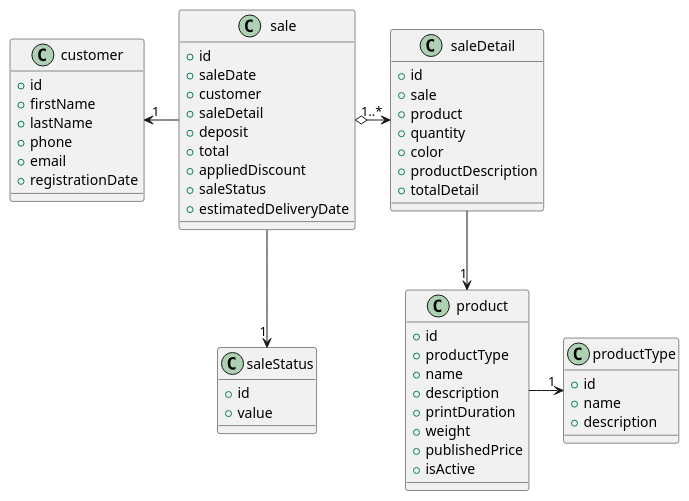
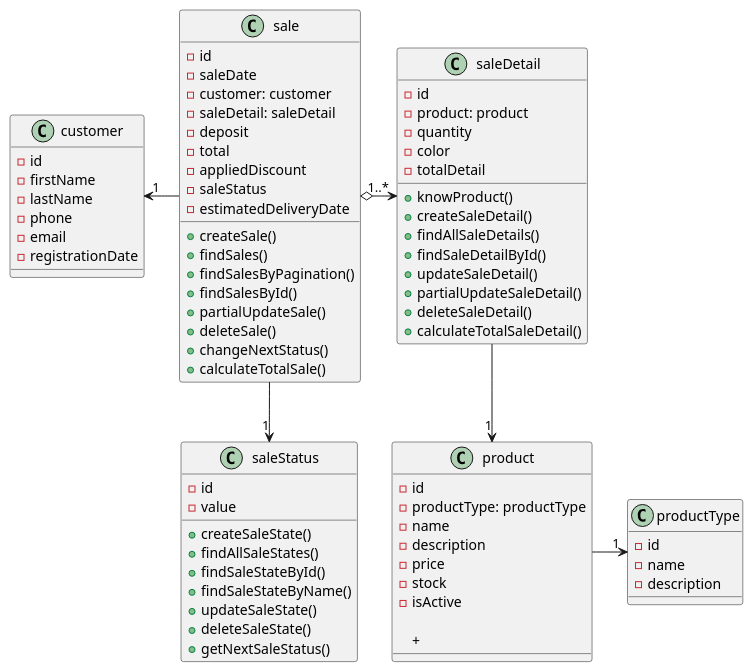
One commit to tomigambino/backend-testing changed the diagram in src/common/DiagramaClases.puml. Above: the diagram before and after it, drawn with PlantUML. The commit also changed 6 other files, not shown here.

```diff
--- a/src/common/DiagramaClases.puml
+++ b/src/common/DiagramaClases.puml
@@ -1,61 +1,86 @@
-@startuml
+@startuml Diagrama de Clases - Venta
 class sale{
-    +id
-    +saleDate
-    +customer
-    +saleDetail
-    +deposit
-    +total 
-    +appliedDiscount
-    +saleStatus
-    +estimatedDeliveryDate
+    -id
+    -saleDate
+    -customer: customer
+    -saleDetail: saleDetail
+    -deposit
+    -total 
+    -appliedDiscount
+    -saleStatus
+    -estimatedDeliveryDate
+
+    +createSale()
+    +findSales()
+    +findSalesByPagination()
+    +findSalesById()
+    +partialUpdateSale()
+    +deleteSale()
+    +changeNextStatus()
+    +calculateTotalSale()
 }
 
 class saleDetail{
-    +id
-    +sale
-    +product
-    +quantity
-    +color 
-    +productDescription
-    +totalDetail
+    -id
+    -product: product
+    -quantity
+    -color 
+    -totalDetail
+
+    +knowProduct()
+    +createSaleDetail()
+    +findAllSaleDetails()
+    +findSaleDetailById()
+    +updateSaleDetail()
+    +partialUpdateSaleDetail()
+    +deleteSaleDetail()
+    +calculateTotalSaleDetail()
 }
 
 class saleStatus{
-    +id 
-    +value 
+    -id 
+    -value 
+
+    +createSaleState()
+    +findAllSaleStates()
+    +findSaleStateById()
+    +findSaleStateByName()
+    +updateSaleState()
+    +deleteSaleState()
+    +getNextSaleStatus()
 }
 
 class product{
-    +id
-    +productType
-    +name 
-    +description
-    +printDuration
-    +weight
-    +publishedPrice
-    +isActive
+    -id
+    -productType: productType
+    -name 
+    -description
+    -price
+    -stock
+    -isActive
+
+    +
 }
 
 class productType{
-    +id
-    +name
-    +description
+    -id
+    -name
+    -description
 }
 
 class customer{
-    +id
-    +firstName 
-    +lastName
-    +phone 
-    +email
-    +registrationDate
+    -id
+    -firstName 
+    -lastName
+    -phone 
+    -email
+    -registrationDate
 }
 
 sale o-> "1..*" saleDetail
 saleDetail --> "1" product
 product -> "1" productType
 sale --> "1" saleStatus
 customer "1" <- sale
 
 @enduml
```
